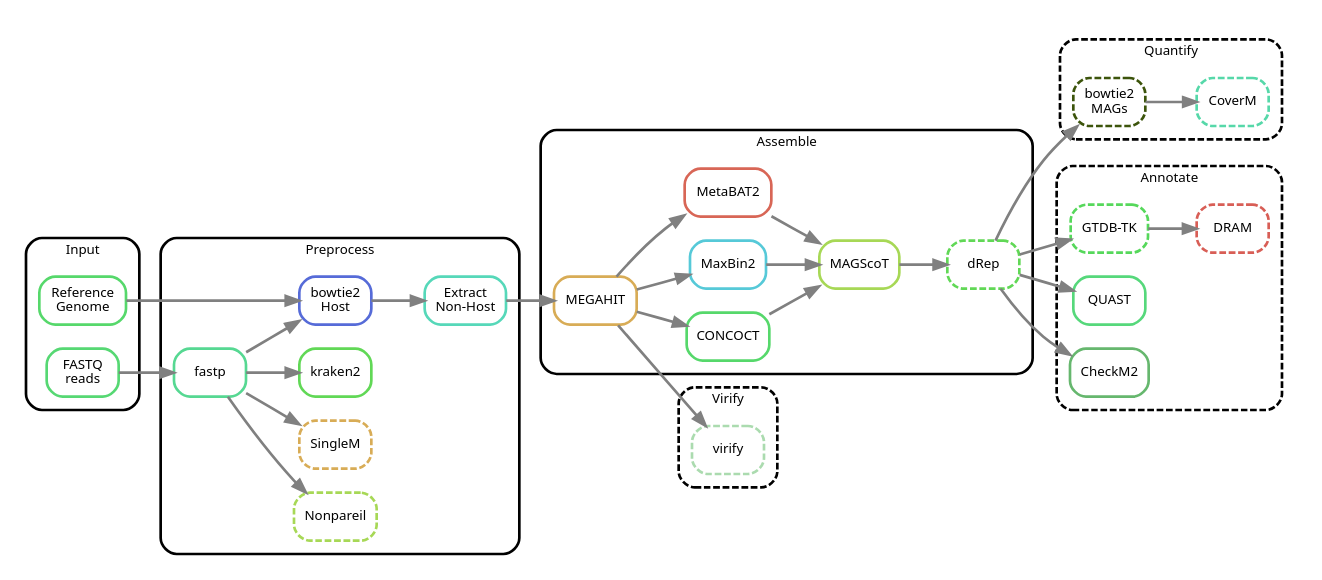
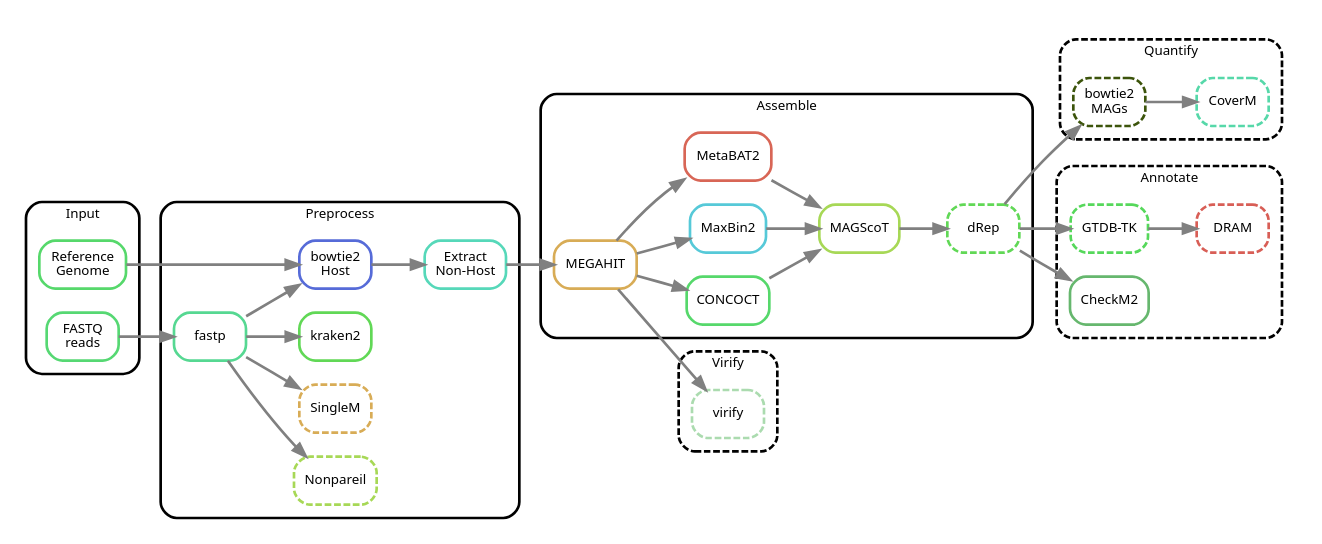
The diagram in rulegraph_simple.dot (3d-omics/mg_assembly), drawn with Graphviz before and after one commit. The commit also changed 4 other files, not shown here.

```diff
--- a/rulegraph_simple.dot
+++ b/rulegraph_simple.dot
@@ -1,108 +1,106 @@
 digraph snakemake_dag {
     rankdir=LR;
 	// newrank=true;
     graph[bgcolor=white, margin=0, compound=true];
     node[shape=box, style=rounded, fontname=sans, fontsize=10, penwidth=2];
     edge[penwidth=2, color=grey];
 
     subgraph cluster_0 {
         label = "Input";
         shape=box; style=rounded; fontname=sans; fontsize=10; penwidth=2; margin=10;
         reference [label = "Reference\nGenome", color = "0.36 0.6 0.85"];
         fastq     [label = "FASTQ\nreads",      color = "0.37 0.6 0.85"];
     }
 
 
 
     subgraph cluster_1 {
         label = "Preprocess";
         shape=box; style=rounded; fontname=sans; fontsize=10; penwidth=2; margin=10;
         bowtie2   [label = "bowtie2\nHost", color = "0.64 0.6 0.85"];
         extract   [label = "Extract\nNon-Host",    color = "0.46 0.6 0.85"];
         fastp     [label = "fastp",                color = "0.41 0.6 0.85"];
         {
             rankdir=LR;
             nonpareil [label = "Nonpareil",            color = "0.23 0.6 0.85", style = "dashed,rounded"];
             singlem   [label = "SingleM",              color = "0.11 0.6 0.85", style = "dashed,rounded"];
             kraken2   [label = "kraken2",              color = "0.32 0.6 0.85"];
         }
         fastp   -> bowtie2
         fastp   -> nonpareil
         fastp   -> singlem
         fastp   -> kraken2
         bowtie2 -> extract
 
     }
 
 
     subgraph cluster_2 {
         label = "Assemble";
         shape=box; style=rounded; fontname=sans; fontsize=10; penwidth=2; margin=10;
         megahit [label = "MEGAHIT", color = "0.11 0.6 0.85"];
         concoct  [label = "CONCOCT",  color = "0.36 0.6 0.85"];
         maxbin2  [label = "MaxBin2",  color = "0.52 0.6 0.85"];
         metabat2 [label = "MetaBAT2", color = "0.02 0.6 0.85"];
         magscot  [label = "MAGScoT",  color = "0.23 0.6 0.85"];
         drep   [label = "dRep",    color = "0.32 0.6 0.85", style = "dashed,rounded"];
 
         megahit -> concoct
         megahit -> maxbin2
         megahit -> metabat2
         metabat2 -> magscot
         concoct  -> magscot
         maxbin2  -> magscot
         magscot  -> drep
     }
 
 
 
 
     subgraph cluster_6_space {
         margin = 10;
         style = invis;
         subgraph cluster_6 {
             label = "Quantify";
             shape=box; style="rounded,dashed"; fontname=sans; fontsize=10; penwidth=2; margin=10;
             bowtie2_drep [label = "bowtie2\nMAGs", color = "0.22 0.86 0.33", style = "dashed,rounded"];
             coverm       [label = "CoverM",  color = "0.44 0.6 0.85", style = "dashed,rounded"];
         }
         bowtie2_drep -> coverm
     }
 
     subgraph cluster_7_space {
         margin = 10;
         style = invis;
         subgraph cluster_7 {
             label = "Annotate";
             shape=box; style="rounded,dashed"; fontname=sans; fontsize=10; penwidth=2; margin=10;
             gtdbtk [label = "GTDB-TK", color = "0.34 0.6 0.85", style = "dashed,rounded"];
             dram   [label = "DRAM",    color = "0.01 0.6 0.85", style = "dashed,rounded"];
-            quast  [label = "QUAST",   color = "0.38 0.6 0.85", style = "rounded"];
             checkm [label = "CheckM2", color = "0.35 0.44 0.72", style = "rounded"];
         }
         gtdbtk -> dram
 
     }
 
     reference -> bowtie2
     fastq     -> fastp
     extract   -> megahit
     megahit   -> virify
     drep      -> gtdbtk
     drep      -> bowtie2_drep
     drep      -> checkm
-    drep      -> quast
 
     subgraph cluster_5_space {
         margin = 10;
         style = invis;
         subgraph cluster_5 {
             label = "Virify";
             shape=box; style="rounded,dashed"; fontname=sans; fontsize=10; penwidth=2; margin="10,10";
             virify [label = "virify", color = "0.35 0.22 0.86", style = "dashed,rounded"]
 
         }
     }
 
 
 }
```
